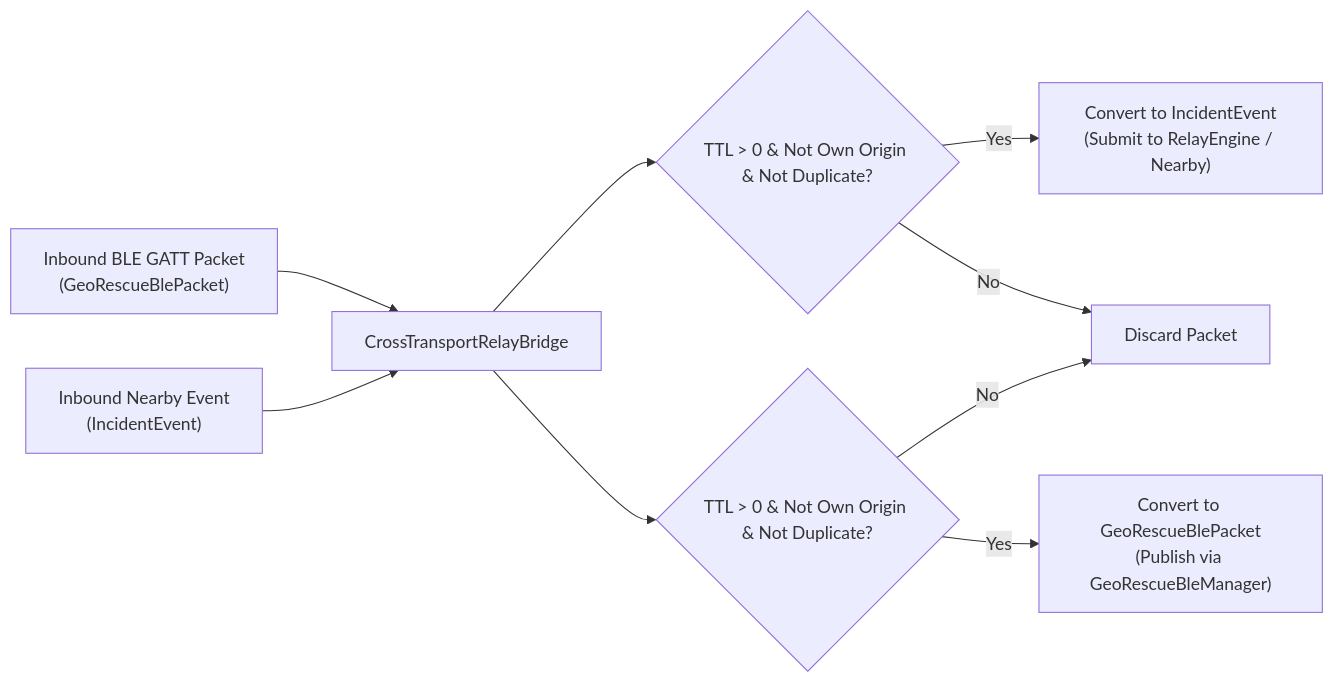
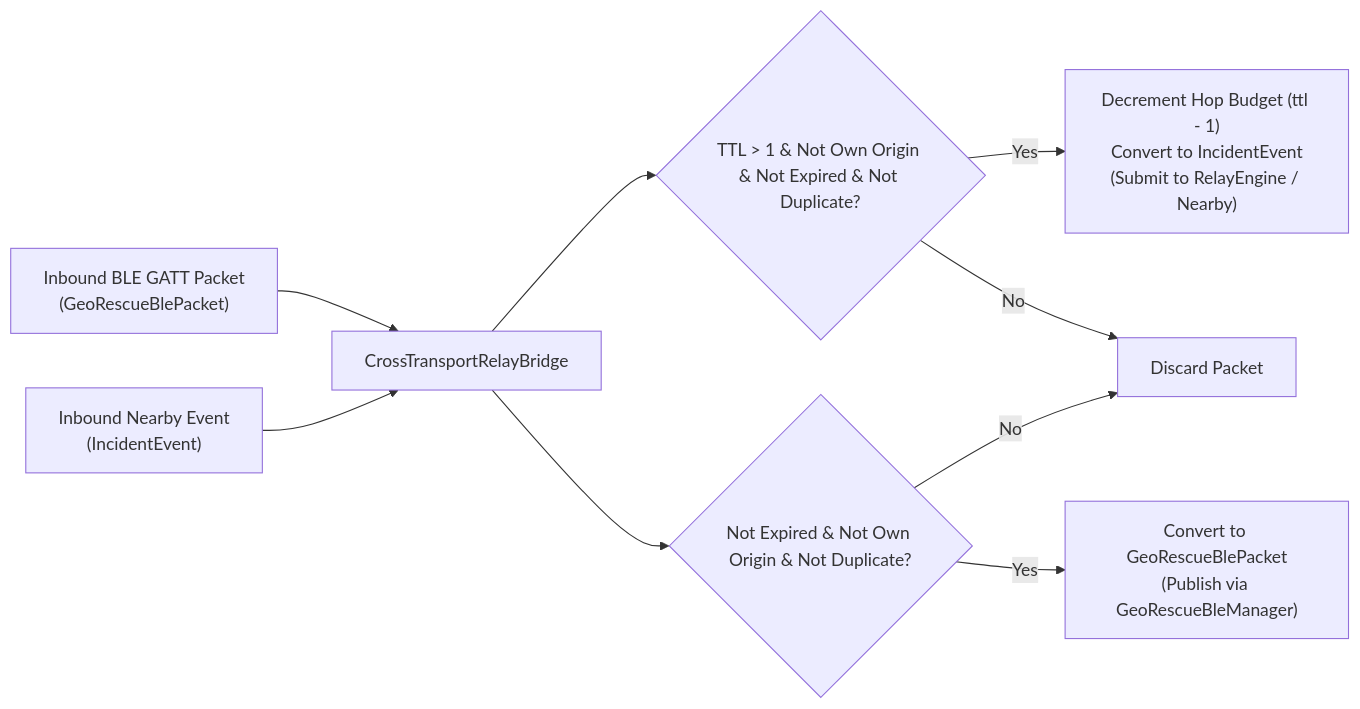
Before and after one commit to Sanidhyanegi07/GeoRescuX: the third of 3 diagrams in docs/final-release/FINAL_PROJECT_REPORT.md, drawn with Mermaid. The commit also changed other lines of this file and 4 other files, not shown here.

````diff
--- a/docs/final-release/FINAL_PROJECT_REPORT.md
+++ b/docs/final-release/FINAL_PROJECT_REPORT.md
@@ -247,12 +255,12 @@
 ```mermaid
 flowchart LR
     InboundBLE["Inbound BLE GATT Packet\n(GeoRescueBlePacket)"] --> Bridge["CrossTransportRelayBridge"]
-    Bridge --> Check1{"TTL > 0 & Not Own Origin & Not Duplicate?"}
-    Check1 -- Yes --> IngestNearby["Convert to IncidentEvent\n(Submit to RelayEngine / Nearby)"]
+    Bridge --> Check1{"TTL > 1 & Not Own Origin & Not Expired & Not Duplicate?"}
+    Check1 -- Yes --> IngestNearby["Decrement Hop Budget (ttl - 1)\nConvert to IncidentEvent\n(Submit to RelayEngine / Nearby)"]
     Check1 -- No --> Drop["Discard Packet"]
 
     InboundNearby["Inbound Nearby Event\n(IncidentEvent)"] --> Bridge
-    Bridge --> Check2{"TTL > 0 & Not Own Origin & Not Duplicate?"}
+    Bridge --> Check2{"Not Expired & Not Own Origin & Not Duplicate?"}
     Check2 -- Yes --> PublishBLE["Convert to GeoRescueBlePacket\n(Publish via GeoRescueBleManager)"]
     Check2 -- No --> Drop
 ```
````
